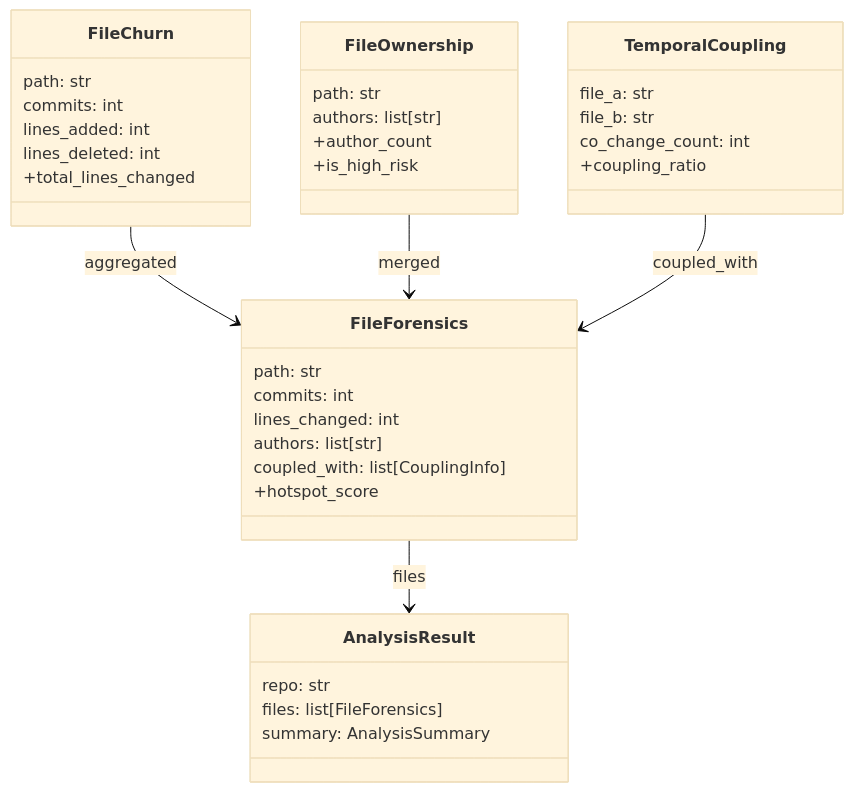
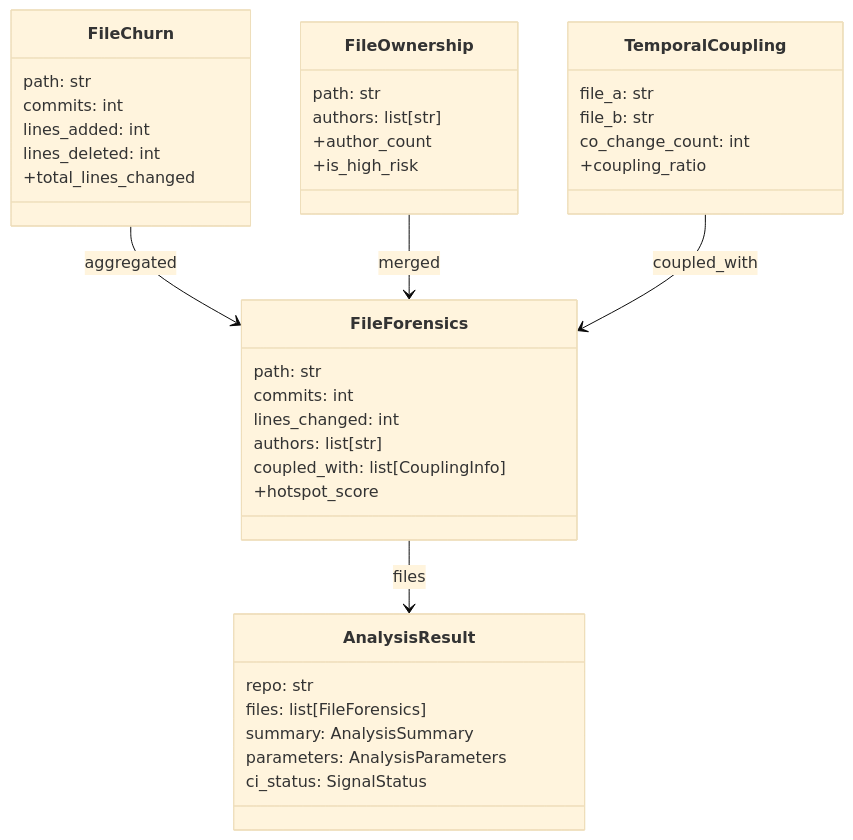
One commit to michael-denyer/black-box-unlock changed the fourth of 5 diagrams in docs/CODEMAP.md. Above: the diagram before and after it, drawn with Mermaid (base theme). The commit also changed other lines of this file and 22 other files, not shown here.

````diff
--- a/docs/CODEMAP.md
+++ b/docs/CODEMAP.md
@@ -179,44 +183,46 @@
 ```mermaid
 classDiagram
     class FileChurn {
         path: str
         commits: int
         lines_added: int
         lines_deleted: int
         +total_lines_changed
     }
 
     class TemporalCoupling {
         file_a: str
         file_b: str
         co_change_count: int
         +coupling_ratio
     }
 
     class FileOwnership {
         path: str
         authors: list[str]
         +author_count
         +is_high_risk
     }
 
     class FileForensics {
         path: str
         commits: int
         lines_changed: int
         authors: list[str]
         coupled_with: list[CouplingInfo]
         +hotspot_score
     }
 
     class AnalysisResult {
         repo: str
         files: list[FileForensics]
         summary: AnalysisSummary
+        parameters: AnalysisParameters
+        ci_status: SignalStatus
     }
 
     FileChurn --> FileForensics : aggregated
     FileOwnership --> FileForensics : merged
     TemporalCoupling --> FileForensics : coupled_with
     FileForensics --> AnalysisResult : files
 ```
````
